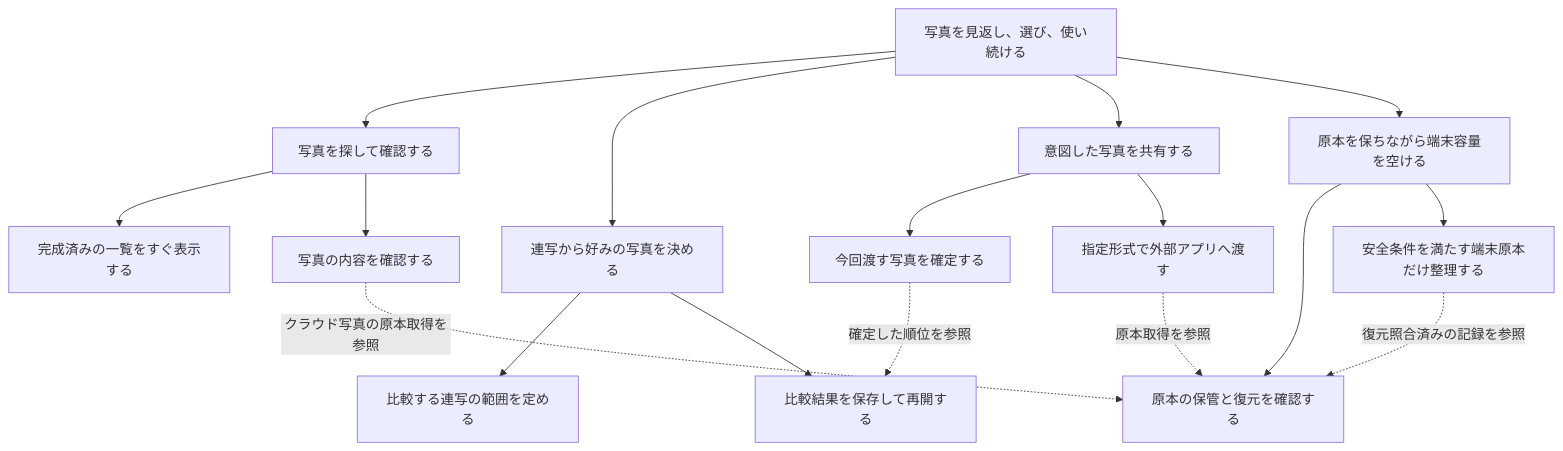
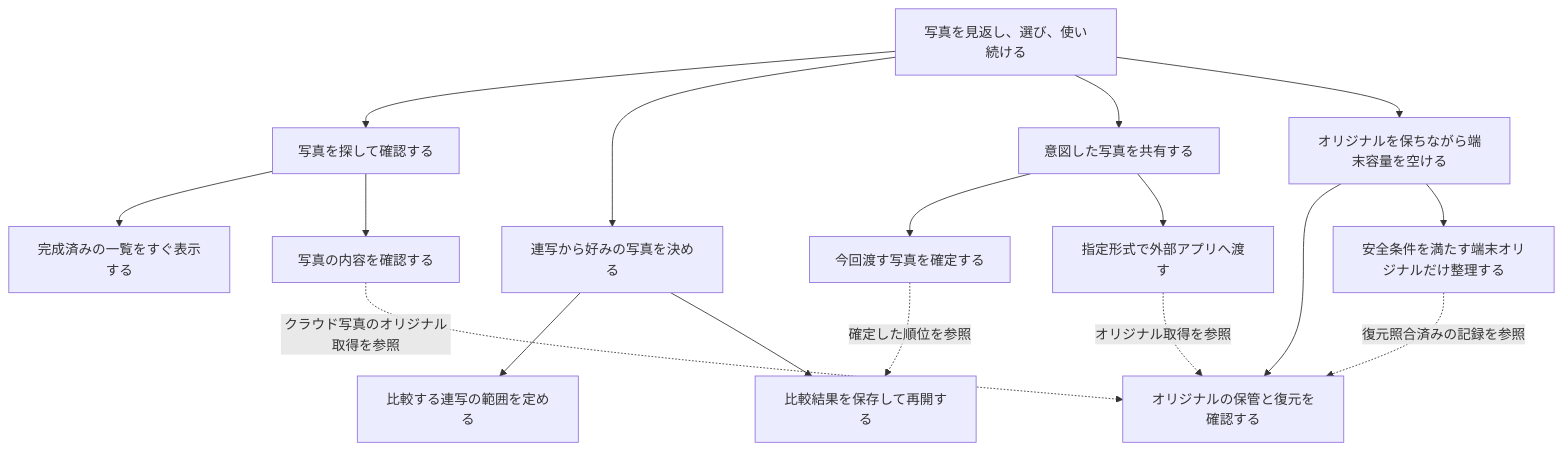
The diagram in docs/current-design.md (ktnyt/Loupe), drawn with Mermaid before and after one commit. The commit also changed other lines of this file and 124 other files, not shown here.

````diff
--- a/docs/current-design.md
+++ b/docs/current-design.md
@@ -17,19 +17,19 @@
 ```mermaid
 flowchart TD
   P[写真を見返し、選び、使い続ける] --> V[写真を探して確認する]
   P --> R[連写から好みの写真を決める]
   P --> S[意図した写真を共有する]
-  P --> C[原本を保ちながら端末容量を空ける]
+  P --> C[オリジナルを保ちながら端末容量を空ける]
   V --> I[完成済みの一覧をすぐ表示する]
   V --> D[写真の内容を確認する]
   R --> B[比較する連写の範囲を定める]
   R --> O[比較結果を保存して再開する]
   S --> T[今回渡す写真を確定する]
   S --> E[指定形式で外部アプリへ渡す]
-  C --> A[原本の保管と復元を確認する]
-  C --> F[安全条件を満たす端末原本だけ整理する]
+  C --> A[オリジナルの保管と復元を確認する]
+  C --> F[安全条件を満たす端末オリジナルだけ整理する]
   T -. 確定した順位を参照 .-> O
-  E -. 原本取得を参照 .-> A
-  D -. クラウド写真の原本取得を参照 .-> A
+  E -. オリジナル取得を参照 .-> A
+  D -. クラウド写真のオリジナル取得を参照 .-> A
   F -. 復元照合済みの記録を参照 .-> A
 ```
````
